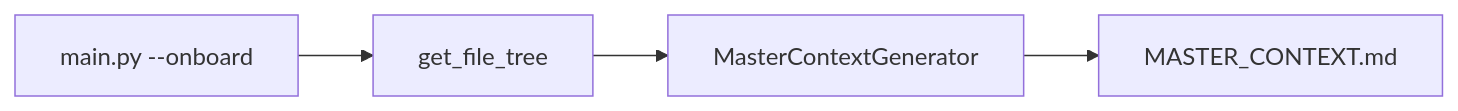
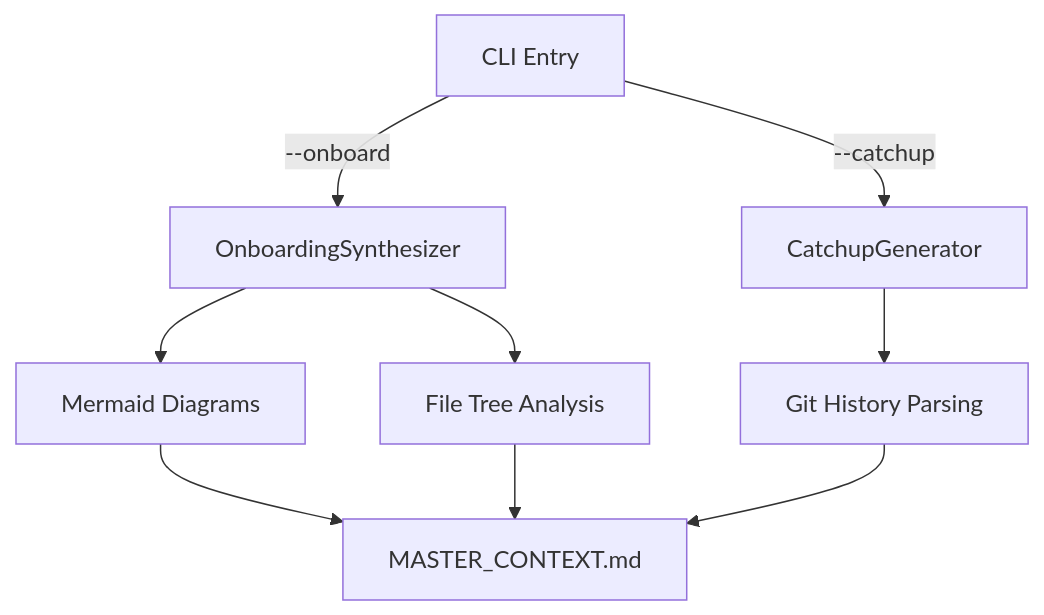
One commit to BurntDosa/Checkpoint changed the first of 4 diagrams in MASTER_CONTEXT.md. Above: the diagram before and after it, drawn with Mermaid. The commit also changed other lines of this file, not shown here.

Commit message:
docs: update master context & catchups for 0494e330651ed2427567d8813095d5cc3a5ea6b2

````diff
--- a/MASTER_CONTEXT.md
+++ b/MASTER_CONTEXT.md
@@ -23,6 +12,9 @@
-   ```mermaid
-   graph LR
-     A[main.py --onboard] --> B[get_file_tree]
-     B --> C[MasterContextGenerator]
-     C --> D[MASTER_CONTEXT.md]
-   ```
+```mermaid
+graph TD
+    A[CLI Entry] -->|--onboard| B[OnboardingSynthesizer]
+    A -->|--catchup| C[CatchupGenerator]
+    B --> D[Mermaid Diagrams]
+    B --> E[File Tree Analysis]
+    C --> F[Git History Parsing]
+    D & E & F --> G[MASTER_CONTEXT.md]
+```
````
